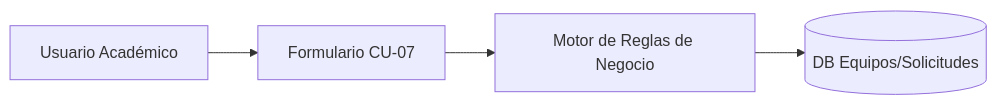
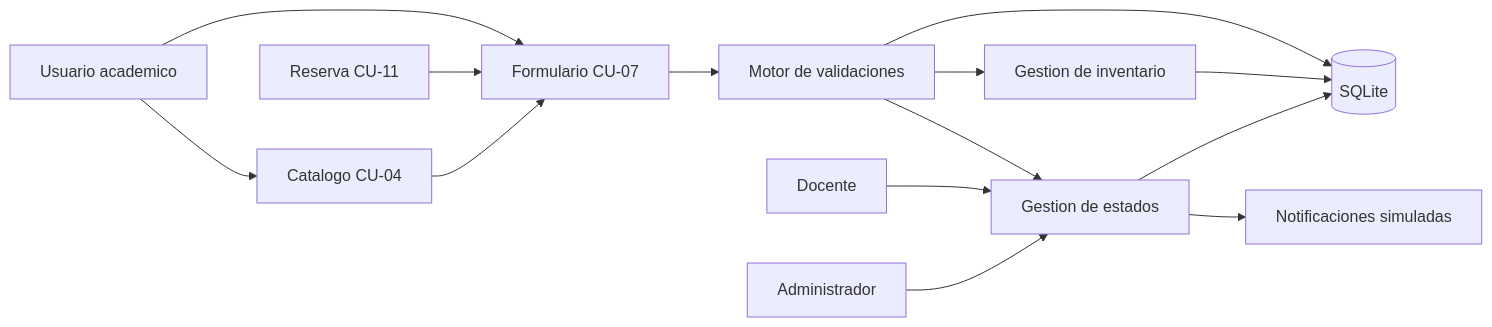
Before and after one commit to aby-gomez/prototipo-ingenieria-sw-I: the diagram in RFC_CU07.md, drawn with Mermaid. The commit also changed other lines of this file and 19 other files, not shown here.

````diff
--- a/RFC_CU07.md
+++ b/RFC_CU07.md
@@ -43,6 +71,16 @@
 ```mermaid
-graph LR
-    User[Usuario Académico] --> Form[Formulario CU-07]
-    Form --> Val[Motor de Reglas de Negocio]
-    Val --> DB[(DB Equipos/Solicitudes)]
+flowchart LR
+    U[Usuario academico] --> C[Catalogo CU-04]
+    U --> F[Formulario CU-07]
+    R[Reserva CU-11] --> F
+    C --> F
+    F --> V[Motor de validaciones]
+    V --> I[Gestion de inventario]
+    V --> S[(SQLite)]
+    I --> S
+    V --> G[Gestion de estados]
+    G --> N[Notificaciones simuladas]
+    D[Docente] --> G
+    A[Administrador] --> G
+    G --> S
 ```
````
